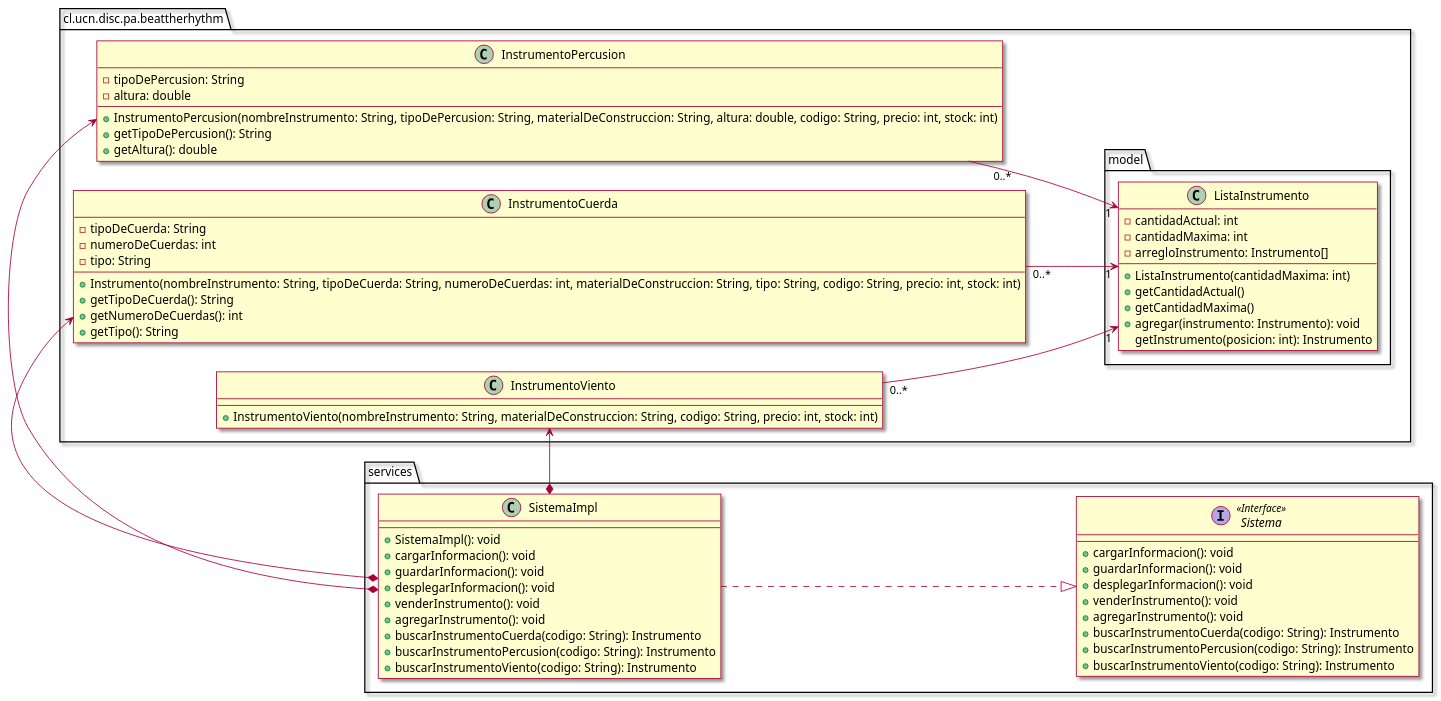
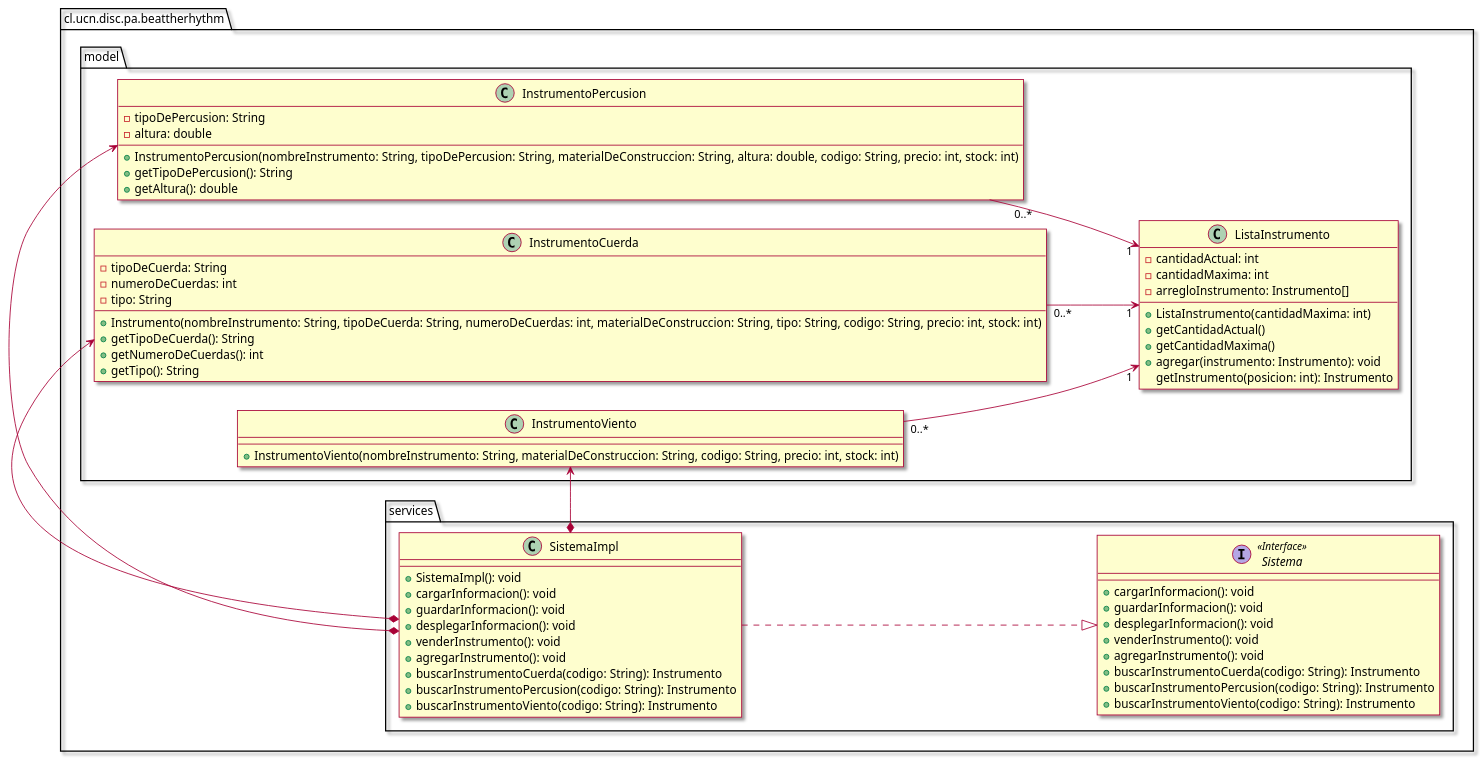
Before and after one commit to BruceMunizaga/Simulador-Inventario: the diagram in clases.puml, drawn with PlantUML. The commit also changed 6 other files, not shown here.

```diff
--- a/clases.puml
+++ b/clases.puml
@@ -1,79 +1,77 @@
 @startuml
 left to right direction
 set separator none
 !pragma useIntermediatePackages false
 skin rose
 package cl.ucn.disc.pa.beattherhythm{
     package model{
         class ListaInstrumento{
             -cantidadActual: int
             -cantidadMaxima: int
             -arregloInstrumento: Instrumento[]
             +ListaInstrumento(cantidadMaxima: int)
             +getCantidadActual()
             +getCantidadMaxima()
             +agregar(instrumento: Instrumento): void
             getInstrumento(posicion: int): Instrumento
         }
 
-        }
         class InstrumentoCuerda{
             -tipoDeCuerda: String
             -numeroDeCuerdas: int
             -tipo: String
             +Instrumento(nombreInstrumento: String, tipoDeCuerda: String, numeroDeCuerdas: int, materialDeConstruccion: String, tipo: String, codigo: String, precio: int, stock: int)
             +getTipoDeCuerda(): String
             +getNumeroDeCuerdas(): int
             +getTipo(): String
         }
 
         class InstrumentoPercusion{
             -tipoDePercusion: String
             -altura: double
             +InstrumentoPercusion(nombreInstrumento: String, tipoDePercusion: String, materialDeConstruccion: String, altura: double, codigo: String, precio: int, stock: int)
             +getTipoDePercusion(): String
             +getAltura(): double
         }
 
         class InstrumentoViento{
             +InstrumentoViento(nombreInstrumento: String, materialDeConstruccion: String, codigo: String, precio: int, stock: int)
         }
-
 
     }
     package services{
         interface Sistema <<Interface>>{
             +cargarInformacion(): void
             +guardarInformacion(): void
             +desplegarInformacion(): void
             +venderInstrumento(): void
             +agregarInstrumento(): void
             +buscarInstrumentoCuerda(codigo: String): Instrumento
             +buscarInstrumentoPercusion(codigo: String): Instrumento
             +buscarInstrumentoViento(codigo: String): Instrumento
         }
         class SistemaImpl{
             +SistemaImpl(): void
             +cargarInformacion(): void
             +guardarInformacion(): void
             +desplegarInformacion(): void
             +venderInstrumento(): void
             +agregarInstrumento(): void
             +buscarInstrumentoCuerda(codigo: String): Instrumento
             +buscarInstrumentoPercusion(codigo: String): Instrumento
             +buscarInstrumentoViento(codigo: String): Instrumento
 
 
         }
     }
 }
 
 SistemaImpl ..|> Sistema
 InstrumentoCuerda "0..*" --> "1" ListaInstrumento
 InstrumentoPercusion "0..*" --> "1" ListaInstrumento
 InstrumentoViento "0..*" --> "1" ListaInstrumento
 SistemaImpl *-> InstrumentoPercusion
 SistemaImpl *-> InstrumentoCuerda
 SistemaImpl *-> InstrumentoViento
 
 @enduml
```
